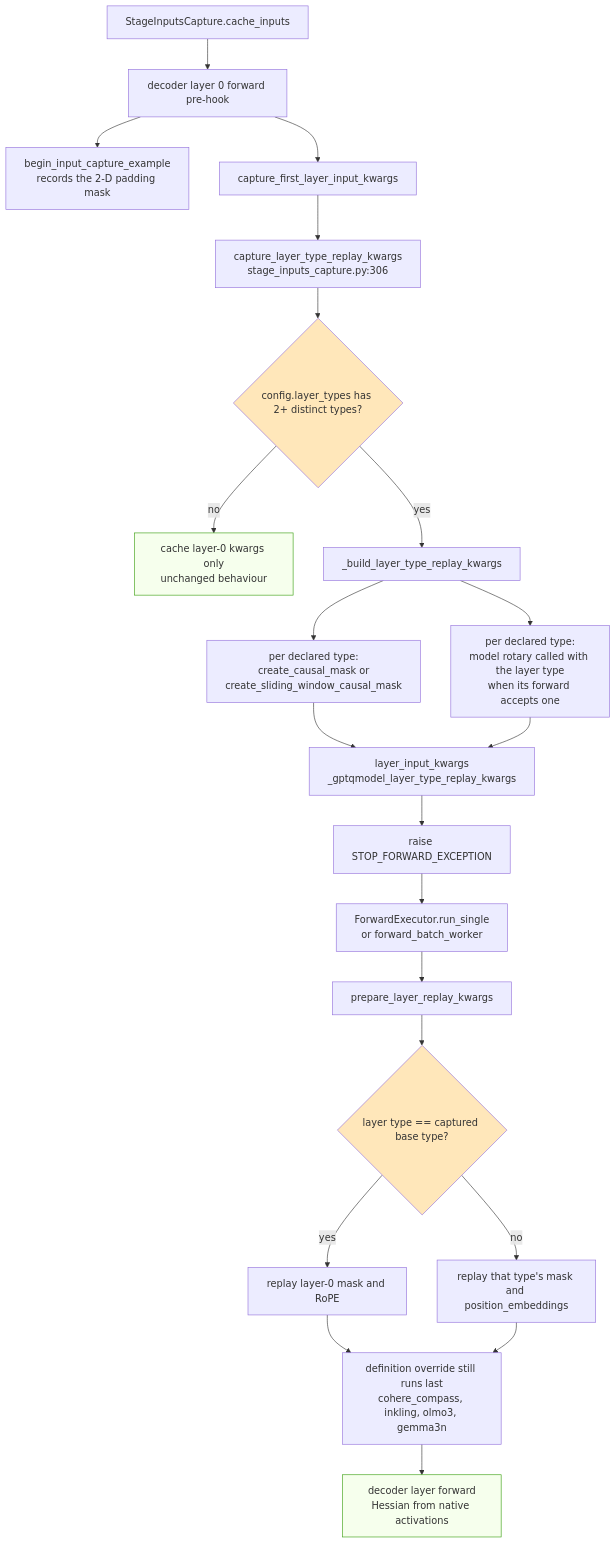
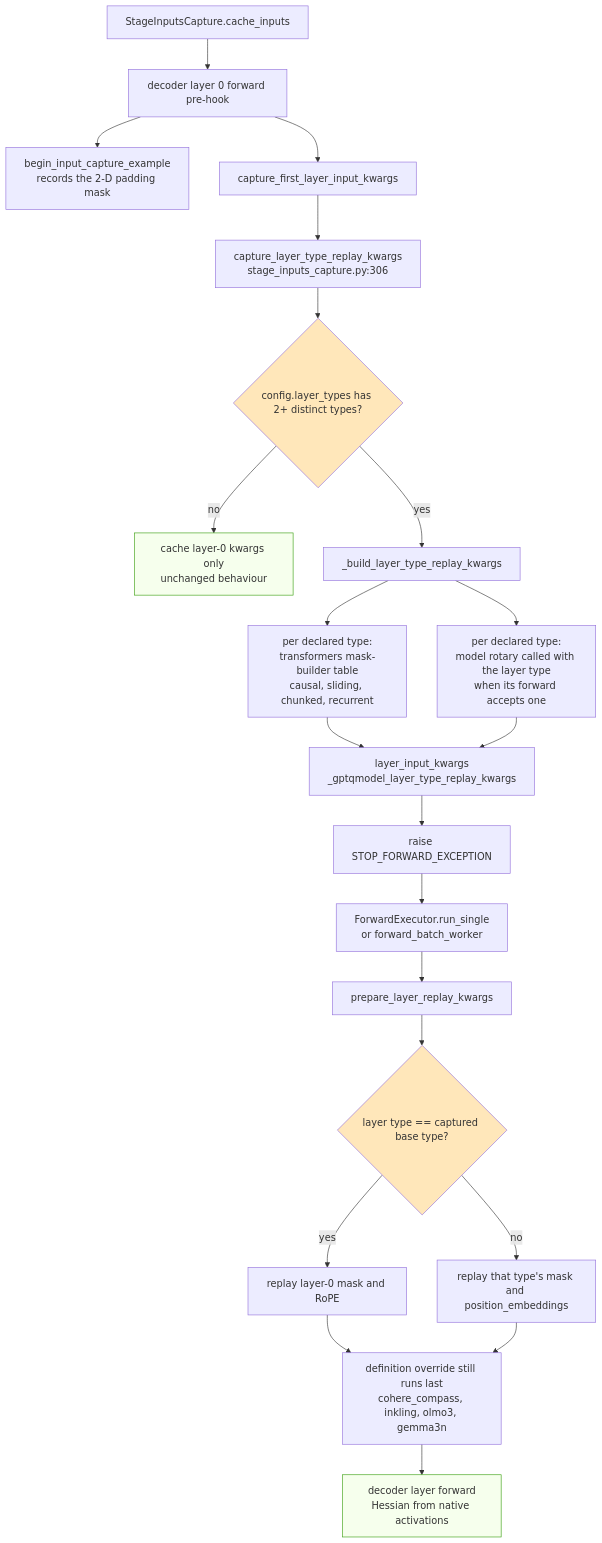
One commit to ModelCloud/GPTQModel changed the second of 2 diagrams in docs/calibration-replay.md. Above: the diagram before and after it, drawn with Mermaid. The commit also changed other lines of this file and 2 other files, not shown here.

Commit message:
fix(looper): build each layer-type replay mask with the transformers builder table (#4004)

````diff
--- a/docs/calibration-replay.md
+++ b/docs/calibration-replay.md
@@ -66,27 +66,27 @@
 ```mermaid
 flowchart TD
     A["StageInputsCapture.cache_inputs"] --> B["decoder layer 0 forward pre-hook"]
     B --> C["begin_input_capture_example<br/>records the 2-D padding mask"]
     B --> D["capture_first_layer_input_kwargs"]
     D --> D2["capture_layer_type_replay_kwargs<br/>stage_inputs_capture.py:306"]
     D2 --> E{"config.layer_types has 2+ distinct types?"}
     E -- no --> F["cache layer-0 kwargs only<br/>unchanged behaviour"]
     E -- yes --> G["_build_layer_type_replay_kwargs"]
-    G --> H["per declared type:<br/>create_causal_mask or<br/>create_sliding_window_causal_mask"]
+    G --> H["per declared type:<br/>transformers mask-builder table<br/>causal, sliding, chunked, recurrent"]
     G --> I["per declared type:<br/>model rotary called with the layer type<br/>when its forward accepts one"]
     H --> J["layer_input_kwargs<br/>_gptqmodel_layer_type_replay_kwargs"]
     I --> J
     J --> K["raise STOP_FORWARD_EXCEPTION"]
     K --> L["ForwardExecutor.run_single<br/>or forward_batch_worker"]
     L --> M["prepare_layer_replay_kwargs"]
     M --> N{"layer type == captured base type?"}
     N -- yes --> O["replay layer-0 mask and RoPE"]
     N -- no --> P["replay that type's mask and position_embeddings"]
     O --> Q["definition override still runs last<br/>cohere_compass, inkling, olmo3, gemma3n"]
     P --> Q
     Q --> R["decoder layer forward<br/>Hessian from native activations"]
     style E fill:#ffe7ba
     style N fill:#ffe7ba
     style F fill:#f6ffed,stroke:#389e0d
     style R fill:#f6ffed,stroke:#389e0d
 ```
````
